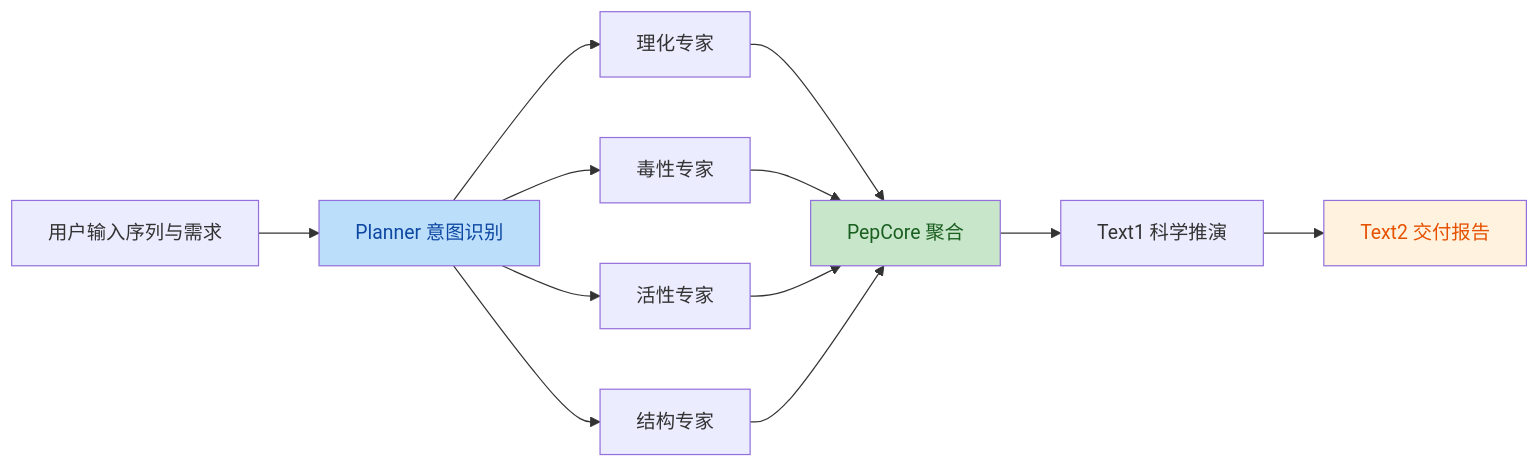
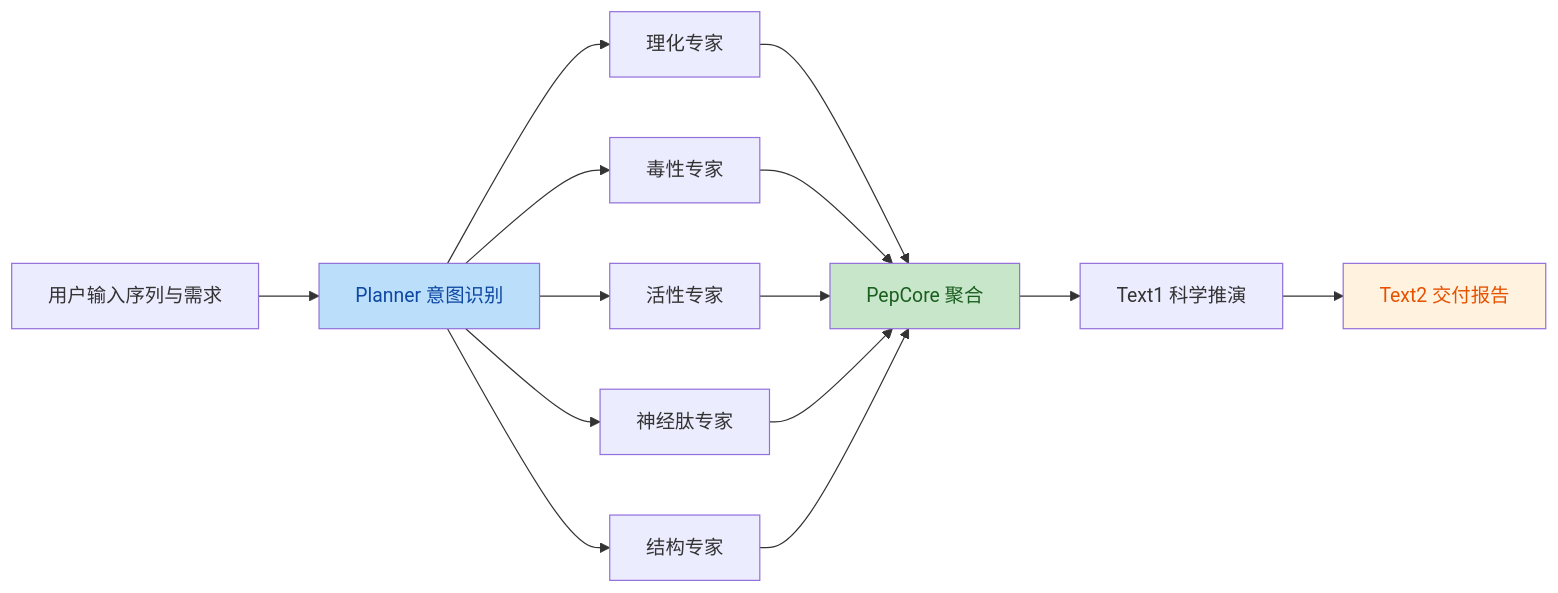
One commit to yu-xin-c/piptide_helper changed the diagram in docs/architecture.md. Above: the diagram before and after it, drawn with Mermaid. The commit also changed other lines of this file and 15 other files, not shown here.

````diff
--- a/docs/architecture.md
+++ b/docs/architecture.md
@@ -11,17 +11,19 @@
 ```mermaid
 flowchart LR
     A[用户输入序列与需求] --> B[Planner 意图识别]
     B --> C1[理化专家]
     B --> C2[毒性专家]
     B --> C3[活性专家]
-    B --> C4[结构专家]
+    B --> C4[神经肽专家]
+    B --> C5[结构专家]
     C1 --> D[PepCore 聚合]
     C2 --> D
     C3 --> D
     C4 --> D
+    C5 --> D
     D --> E[Text1 科学推演]
     E --> F[Text2 交付报告]
     style B fill:#bbdefb,color:#0d47a1
     style D fill:#c8e6c9,color:#1a5e20
     style F fill:#fff3e0,color:#e65100
 ```
````
